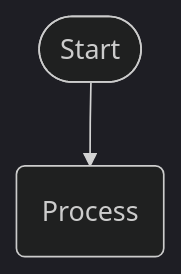
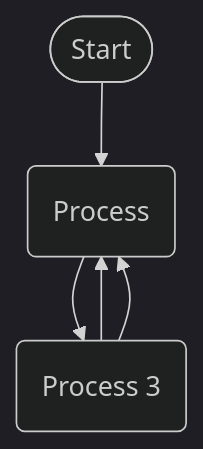
One commit to pingpm/mermaid_vault changed the diagram in mmd/Untitled_b816ec27-e41b-446b-8f75-f4fcf4e49428.mmd. Above: the diagram before and after it, drawn with Mermaid (dark theme). The commit also changed 3 other files, not shown here.

Commit message:
Sync Mermaid Studio data (45 diagrams)

```diff
--- a/mmd/Untitled_b816ec27-e41b-446b-8f75-f4fcf4e49428.mmd
+++ b/mmd/Untitled_b816ec27-e41b-446b-8f75-f4fcf4e49428.mmd
@@ -1,4 +1,8 @@
 flowchart TD
-  start(["Start"])
-  1("Process")
-  start --> 1
+  n_0(["Start"])
+  n_1("Process")
+  n_2("Process 3")
+  n_0 --> n_1
+  n_2 --> n_1
+  n_2 --> n_1
+  n_1 --> n_2
```
